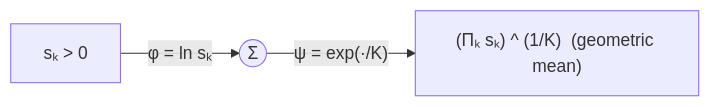
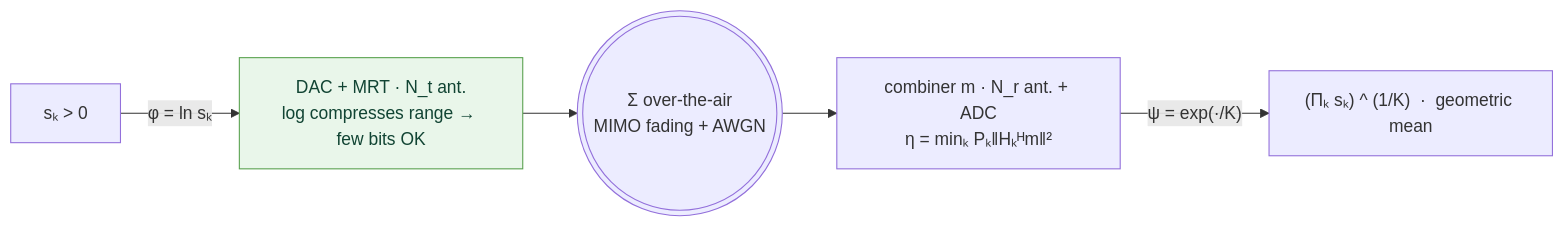
The sixth of 13 diagrams in README.md (wincle626/OverAirCompute), drawn with Mermaid before and after one commit. The commit also changed other lines of this file, not shown here.

````diff
--- a/README.md
+++ b/README.md
@@ -279,4 +302,9 @@
 ```mermaid
 flowchart LR
-    a["sₖ > 0"] -->|"φ = ln sₖ"| S(("Σ")) -->|"ψ = exp(·/K)"| r["(Πₖ sₖ) ^ (1/K)  (geometric mean)"]
+    s["sₖ > 0"] -->|"φ = ln sₖ"| tx["DAC + MRT · N_t ant.<br/>log compresses range → few bits OK"]
+    tx --> air((("Σ over-the-air<br/>MIMO fading + AWGN")))
+    air --> rx["combiner m · N_r ant. + ADC<br/>η = minₖ Pₖ‖Hₖᴴm‖²"]
+    rx -->|"ψ = exp(·/K)"| r["(Πₖ sₖ) ^ (1/K)  ·  geometric mean"]
+    classDef cool fill:#e9f6ea,stroke:#59A14F,color:#143;
+    class tx cool;
 ```
````
